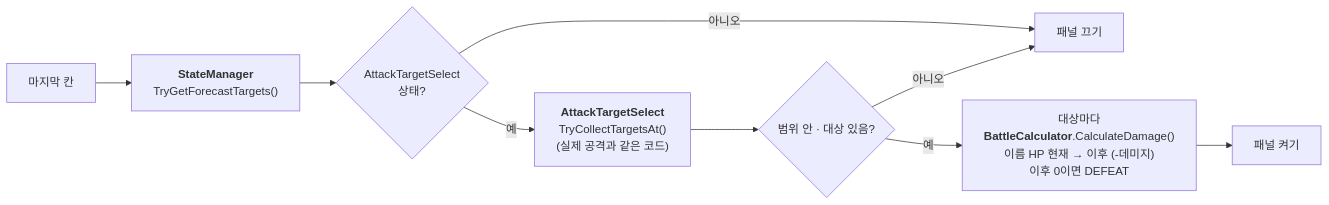
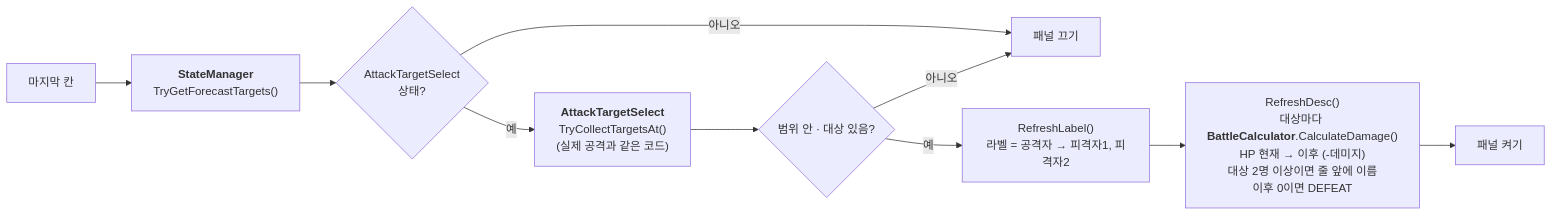
Diagram 29 of 33 in Docs/ImplementDocs/Diagram.md (jayy5288sk/PersonalProject), drawn with Mermaid before and after one commit. The commit also changed other lines of this file and 1 other file, not shown here.

Commit message:
[Docs] 기술 문서 및 다이어그램 작성

````diff
--- a/Docs/ImplementDocs/Diagram.md
+++ b/Docs/ImplementDocs/Diagram.md
@@ -529,11 +608,12 @@
 ```mermaid
 flowchart LR
     In["마지막 칸"] --> Ask["<b>StateManager</b><br/>TryGetForecastTargets()"]
     Ask --> St{"AttackTargetSelect<br/>상태?"}
     St -->|아니오| Off["패널 끄기"]
     St -->|예| Col["<b>AttackTargetSelect</b><br/>TryCollectTargetsAt()<br/>(실제 공격과 같은 코드)"]
     Col --> Any{"범위 안 · 대상 있음?"}
     Any -->|아니오| Off
-    Any -->|예| Line["대상마다<br/><b>BattleCalculator</b>.CalculateDamage()<br/>이름 HP 현재 → 이후 (-데미지)<br/>이후 0이면 DEFEAT"]
+    Any -->|예| Label["RefreshLabel()<br/>라벨 = 공격자 → 피격자1, 피격자2"]
+    Label --> Line["RefreshDesc()<br/>대상마다 <b>BattleCalculator</b>.CalculateDamage()<br/>HP 현재 → 이후 (-데미지)<br/>대상 2명 이상이면 줄 앞에 이름<br/>이후 0이면 DEFEAT"]
     Line --> On["패널 켜기"]
 ```
````
